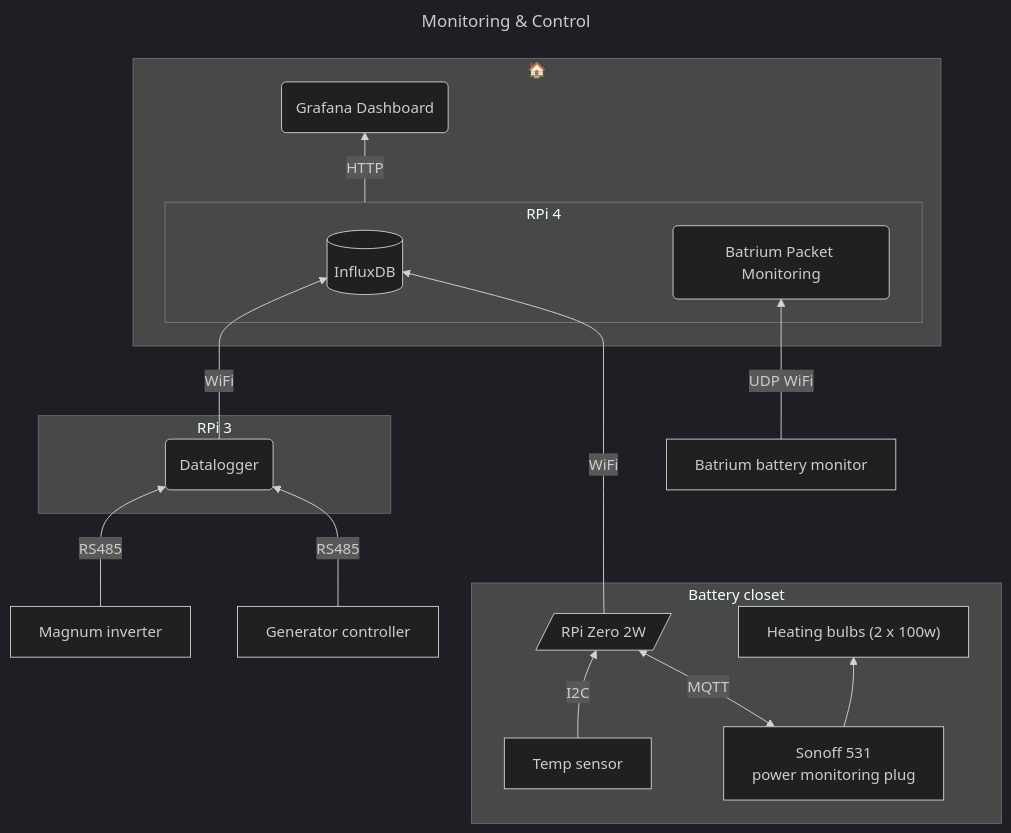
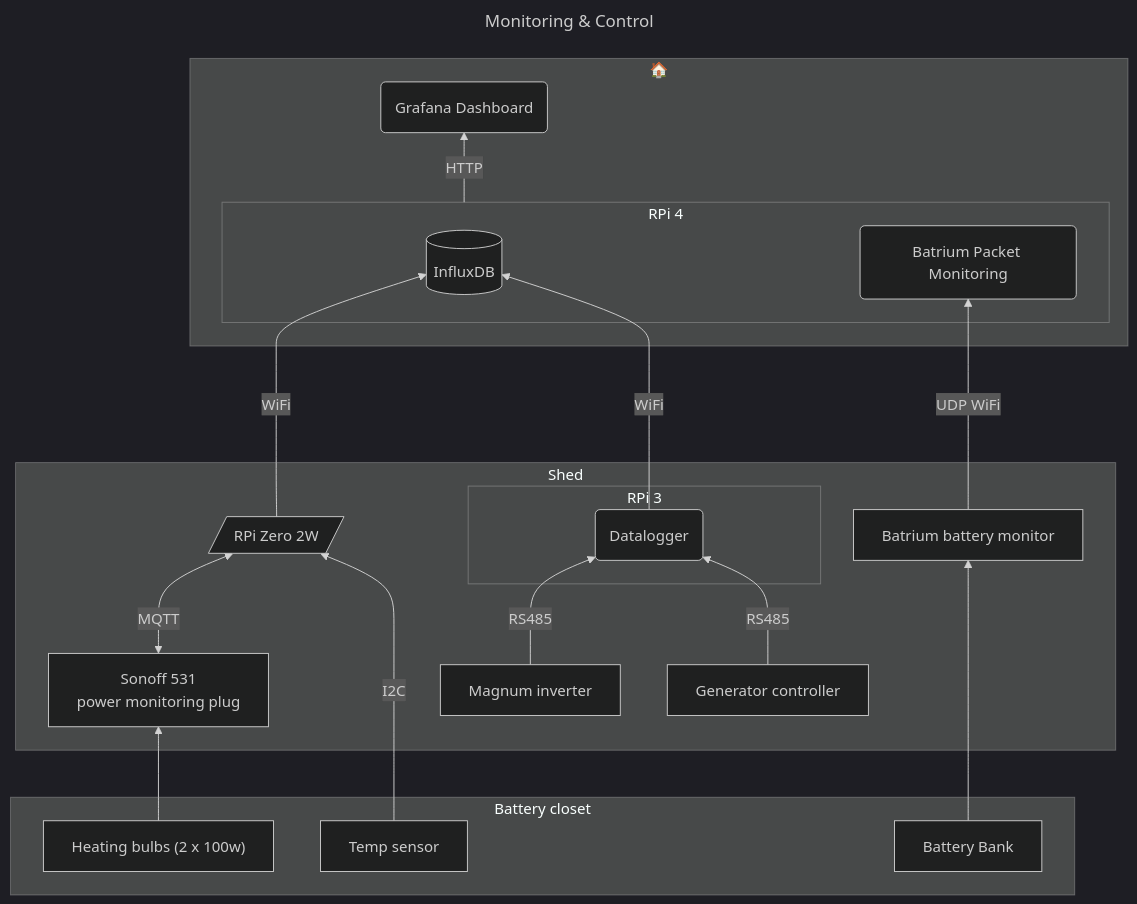
One commit to dennisholt/Energy_Monitor changed the second of 2 diagrams in Jeffs_LogBook.md. Above: the diagram before and after it, drawn with Mermaid (dark theme).

Commit message:
Mod Monitoring and control diagram in logBook.md

````diff
--- a/Jeffs_LogBook.md
+++ b/Jeffs_LogBook.md
@@ -20,31 +20,34 @@
 ```mermaid
 ---
 title: Monitoring & Control
 ---
 flowchart BT
     subgraph "🏠"
         gd(Grafana Dashboard)
         subgraph rp4 ["RPi 4"]
         idb[(InfluxDB)]
         btm("Batrium Packet Monitoring")
         end
         rp4 -- HTTP --> gd
     end
+    
+subgraph bd [Shed]
+        pi0[/RPi Zero 2W/]
+        pi0 -- WiFi ---> idb
+        son["Sonoff 531\npower monitoring plug"]
+            son <-- MQTT --> pi0
+        mi[Magnum inverter]
+    gc[Generator controller]
+    mi & gc -- RS485 --> dl
+    bbm[Batrium battery monitor] -- UDP WiFi --> btm    
     subgraph "RPi 3"
         dl(Datalogger) -- "WiFi" --> idb
     end
-    mi[Magnum inverter]
-    gc[Generator controller]
-    mi & gc -- RS485 --> dl
-    bbm[Batrium battery monitor] -- UDP WiFi --> btm
-
-    pi0[/RPi Zero 2W/]
-    pi0 -- WiFi ---> idb
-
+end  
+    
     subgraph bc [Battery closet]
+        blb["Heating bulbs (2 x 100w)"] --> son 
         btt["Temp sensor"] -- I2C --> pi0
-        son["Sonoff 531\npower monitoring plug"]
-        son --> blb["Heating bulbs (2 x 100w)"]
-        son <-- MQTT --> pi0
+        bat["Battery Bank"] --> bbm
     end
 ```
````
